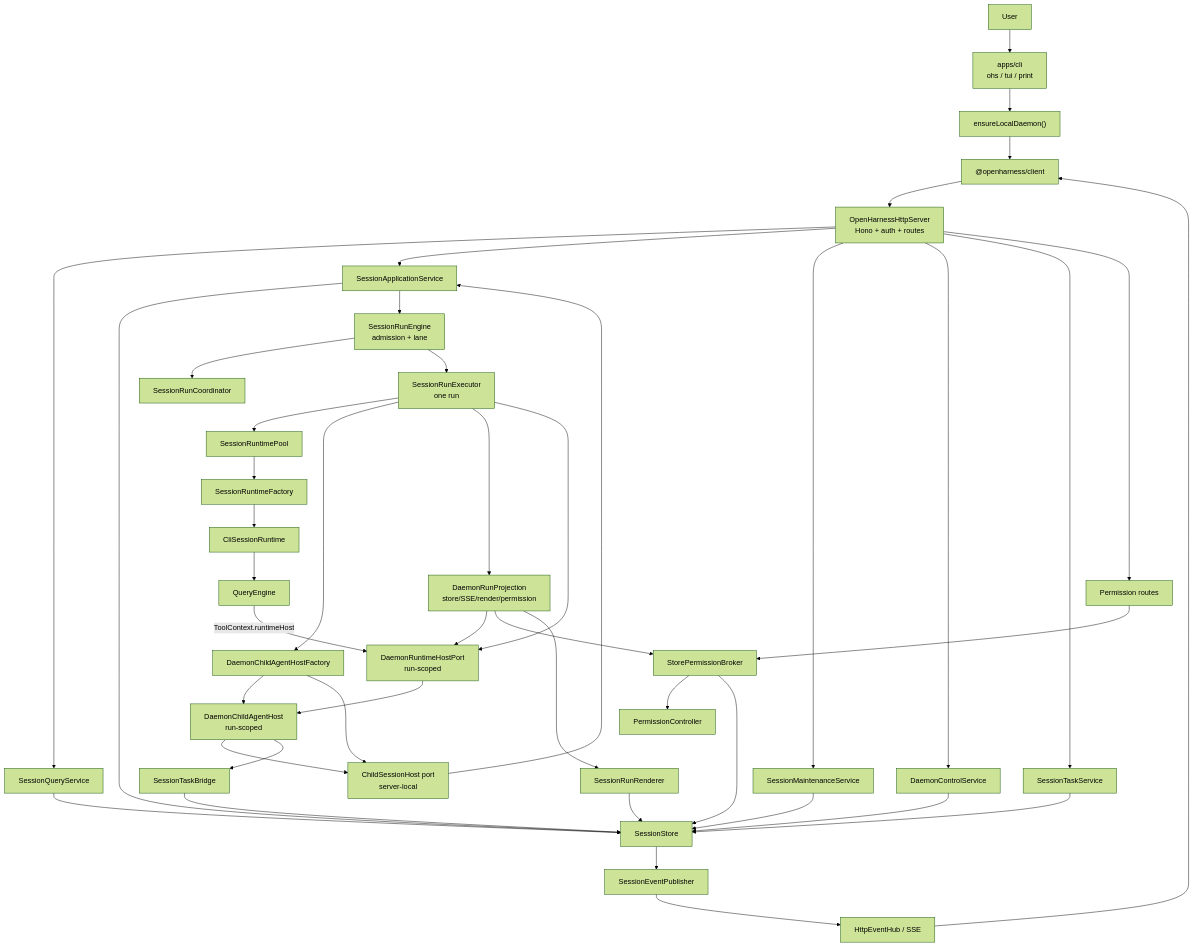
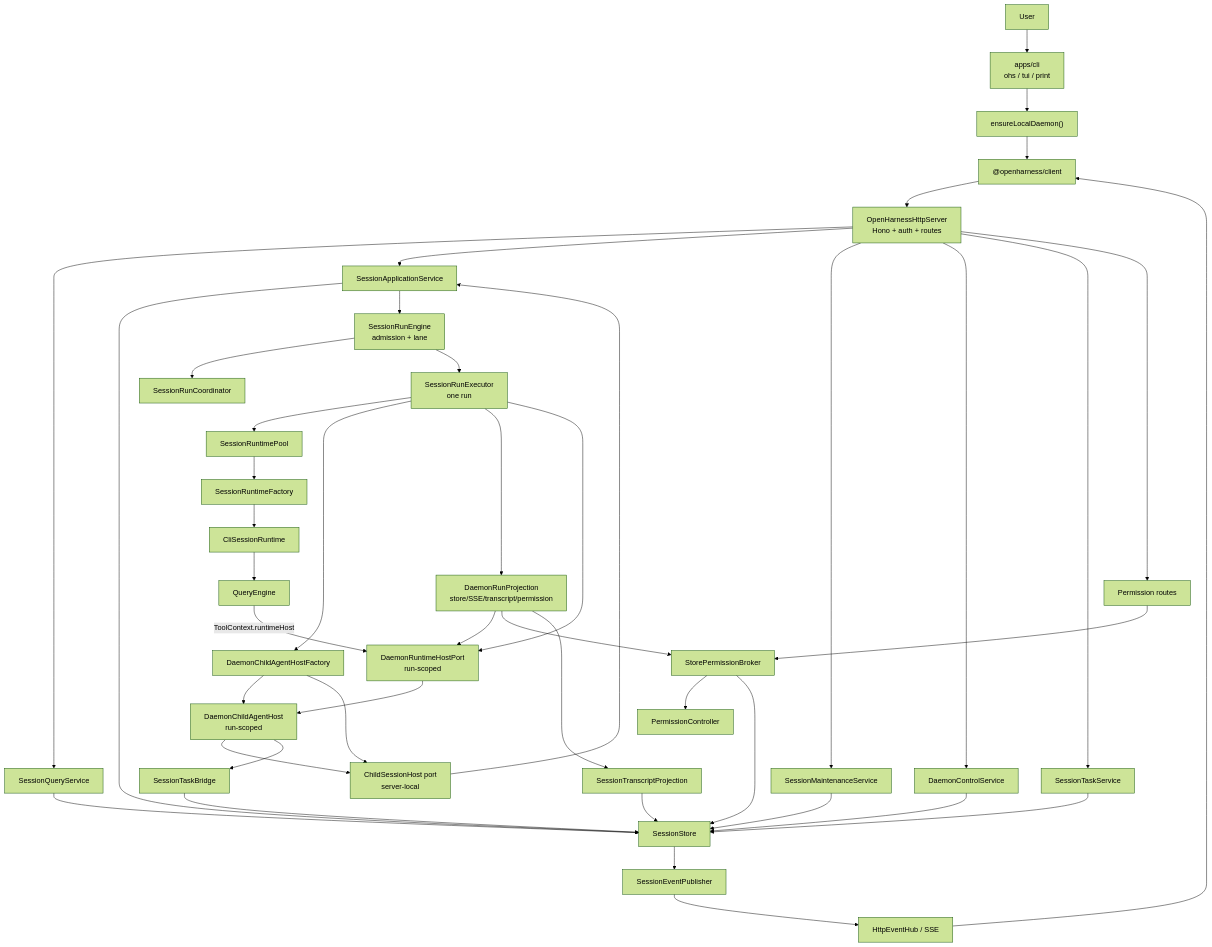
The first of 5 diagrams in docs/daemon-runtime-flow-map.md (rzx007/openharness-ts), drawn with Mermaid (forest theme) before and after one commit. The commit also changed other lines of this file and 5 other files, not shown here.

Commit message:
docs(daemon): document transcript projection boundary

````diff
--- a/docs/daemon-runtime-flow-map.md
+++ b/docs/daemon-runtime-flow-map.md
@@ -19,53 +19,53 @@
 ```mermaid
 flowchart TD
   user["User"] --> cli["apps/cli<br/>ohs / tui / print"]
   cli --> ensure["ensureLocalDaemon()"]
   ensure --> client["@openharness/client"]
   client --> http["OpenHarnessHttpServer<br/>Hono + auth + routes"]
 
   http --> querySvc["SessionQueryService"]
   http --> appSvc["SessionApplicationService"]
   http --> maintSvc["SessionMaintenanceService"]
   http --> controlSvc["DaemonControlService"]
   http --> taskSvc["SessionTaskService"]
   http --> permRoutes["Permission routes"]
 
   querySvc --> store["SessionStore"]
   appSvc --> store
   maintSvc --> store
   controlSvc --> store
   taskSvc --> store
 
   appSvc --> engine["SessionRunEngine<br/>admission + lane"]
   engine --> lane["SessionRunCoordinator"]
   engine --> executor["SessionRunExecutor<br/>one run"]
   executor --> pool["SessionRuntimePool"]
   pool --> factory["SessionRuntimeFactory"]
   factory --> runtime["CliSessionRuntime"]
   runtime --> qe["QueryEngine"]
 
   executor --> childFactory["DaemonChildAgentHostFactory"]
   childFactory --> childAgentHost["DaemonChildAgentHost<br/>run-scoped"]
-  executor --> projection["DaemonRunProjection<br/>store/SSE/render/permission"]
+  executor --> projection["DaemonRunProjection<br/>store/SSE/transcript/permission"]
   executor --> runtimeHost["DaemonRuntimeHostPort<br/>run-scoped"]
   projection --> runtimeHost
   qe -->|"ToolContext.runtimeHost"| runtimeHost
   runtimeHost --> childAgentHost
 
   childFactory --> childSessionPort["ChildSessionHost port<br/>server-local"]
   childAgentHost --> childSessionPort
   childSessionPort --> appSvc
   childAgentHost --> taskBridge["SessionTaskBridge"]
   taskBridge --> store
 
   projection --> permissionBroker["StorePermissionBroker"]
   permissionBroker --> permissionController["PermissionController"]
   permissionBroker --> store
   permRoutes --> permissionBroker
 
-  projection --> renderer["SessionRunRenderer"]
-  renderer --> store
+  projection --> transcript["SessionTranscriptProjection"]
+  transcript --> store
   store --> publisher["SessionEventPublisher"]
   publisher --> hub["HttpEventHub / SSE"]
   hub --> client
 ```
````
